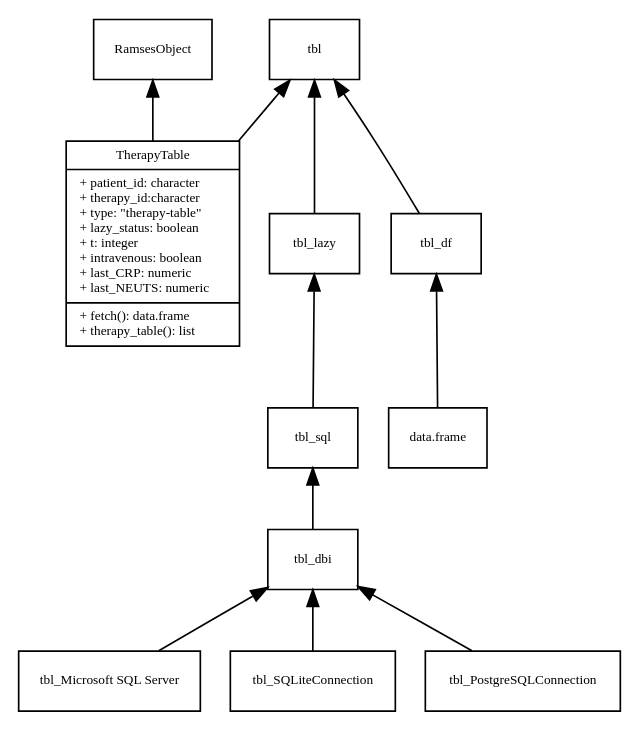
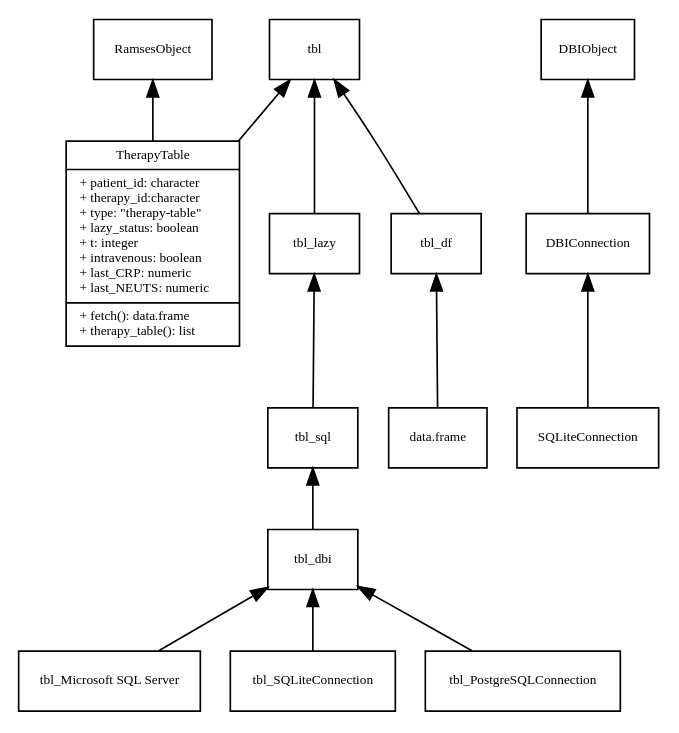
One commit to ramses-antibiotics/ramses-package changed the diagram in vignettes/diagrams/objects-tbl.gv. Above: the diagram before and after it, drawn with Graphviz. The commit also changed 1 other file, not shown here.

```diff
--- a/vignettes/diagrams/objects-tbl.gv
+++ b/vignettes/diagrams/objects-tbl.gv
@@ -1,49 +1,52 @@
 digraph G {
   fontsize = 8
 
   node [
           fontname = "Droid Sans Mono"
           fontsize = 8
           shape = "record"
 
   ]
 
   edge [
           fontname = "Droid Sans Mono"
           fontsize = 8
   ]
 
 tbl_MSSQL [
   label = "tbl_Microsoft SQL Server"
 ]
 
 TherapyTable [
   label = "{TherapyTable|
   + patient_id: character\l
   + therapy_id:character\l
   + type: \"therapy-table\"\l
   + lazy_status: boolean\l
   + t: integer\l+ intravenous: boolean\l
   + last_CRP: numeric \l
   + last_NEUTS: numeric\l|
   
   + fetch(): data.frame\l
   + therapy_table(): list\l}"
 ]
 
 dataframe [
   label="data.frame"
 ]
 
 RamsesObject -> TherapyTable [dir=back]
 tbl -> TherapyTable [dir=back]
 tbl -> tbl_lazy [dir=back]
 tbl_lazy -> tbl_sql [dir=back]
 tbl_sql -> tbl_dbi [dir=back]
 tbl_dbi -> tbl_SQLiteConnection [dir=back]
 tbl_dbi -> tbl_PostgreSQLConnection [dir=back]
 tbl_dbi -> tbl_MSSQL [dir=back]
 tbl -> tbl_df [dir=back]
 tbl_df -> dataframe [dir=back]
 
+
+DBIObject -> DBIConnection [dir=back]
+DBIConnection -> SQLiteConnection [dir=back]
 }
```
